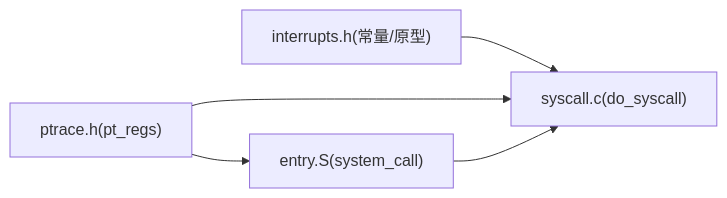
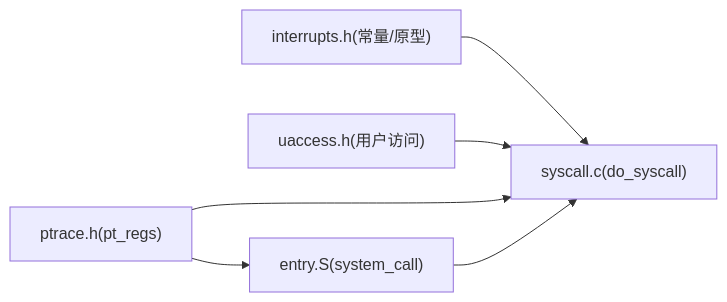
The fourth of 4 diagrams in .qoder/repowiki/zh/content/系统调用接口.md (skcodestack/LulaOS), drawn with Mermaid before and after one commit. The commit also changed other lines of this file and 19 other files, not shown here.

````diff
--- a/.qoder/repowiki/zh/content/系统调用接口.md
+++ b/.qoder/repowiki/zh/content/系统调用接口.md
@@ -182,7 +230,8 @@
 ```mermaid
 graph LR
 P["ptrace.h(pt_regs)"] --> E["entry.S(system_call)"]
 I["interrupts.h(常量/原型)"] --> S["syscall.c(do_syscall)"]
+U["uaccess.h(用户访问)"] --> S
 P --> S
 E --> S
 ```
````
